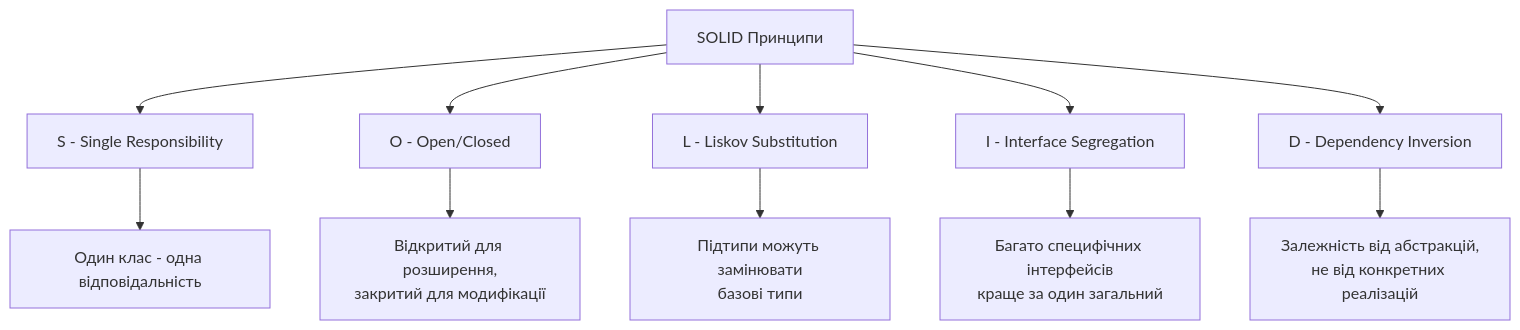
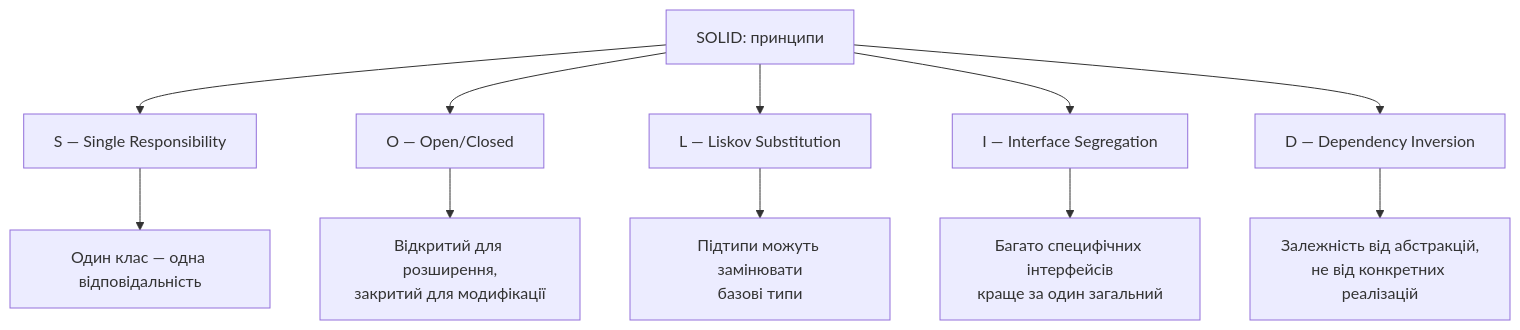
The first of 3 diagrams in lectures/lecture-08.md (olroi421/course-opi-v2), drawn with Mermaid before and after one commit. The commit also changed other lines of this file and 10 other files, not shown here.

````diff
--- a/lectures/lecture-08.md
+++ b/lectures/lecture-08.md
@@ -15,14 +27,14 @@
 ```mermaid
 graph TB
-    A[SOLID Принципи] --> B[S - Single Responsibility]
-    A --> C[O - Open/Closed]
-    A --> D[L - Liskov Substitution]
-    A --> E[I - Interface Segregation]
-    A --> F[D - Dependency Inversion]
+    A["SOLID: принципи"] --> B["S — Single Responsibility"]
+    A --> C["O — Open/Closed"]
+    A --> D["L — Liskov Substitution"]
+    A --> E["I — Interface Segregation"]
+    A --> F["D — Dependency Inversion"]
 
-    B --> G[Один клас - одна відповідальність]
-    C --> H[Відкритий для розширення,<br/>закритий для модифікації]
-    D --> I[Підтипи можуть замінювати<br/>базові типи]
-    E --> J[Багато специфічних інтерфейсів<br/>краще за один загальний]
-    F --> K[Залежність від абстракцій,<br/>не від конкретних реалізацій]
+    B --> G["Один клас — одна відповідальність"]
+    C --> H["Відкритий для розширення,<br/>закритий для модифікації"]
+    D --> I["Підтипи можуть замінювати<br/>базові типи"]
+    E --> J["Багато специфічних інтерфейсів<br/>краще за один загальний"]
+    F --> K["Залежність від абстракцій,<br/>не від конкретних реалізацій"]
 ```
````
